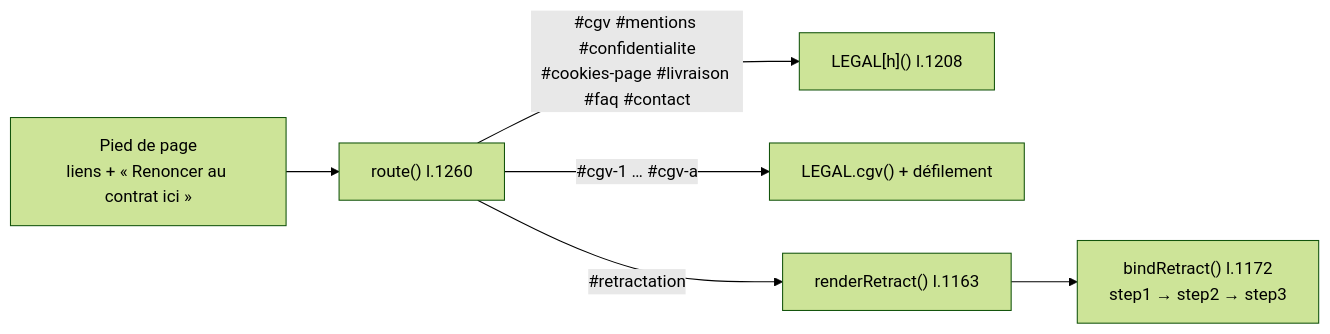
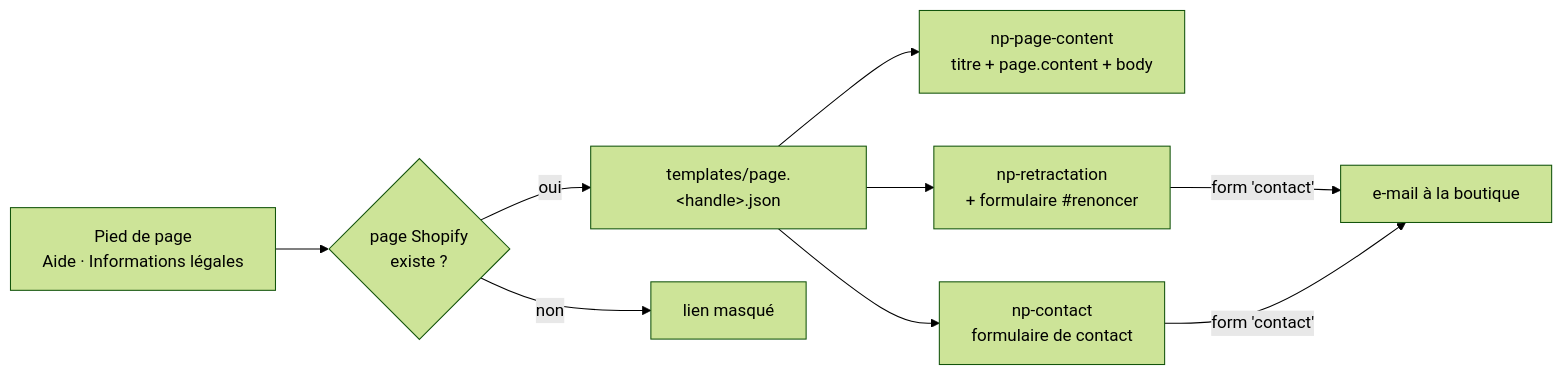
One commit to SylvainCode42A/Drop-Shipping-Agentique changed the diagram in 5-boutique/2-modules/MOD - Pages légales et rétractation.md. Above: the diagram before and after it, drawn with Mermaid (forest theme). The commit also changed other lines of this file and 12 other files, not shown here.

````diff
--- a/5-boutique/2-modules/MOD - Pages légales et rétractation.md
+++ b/5-boutique/2-modules/MOD - Pages légales et rétractation.md
@@ -33,8 +28,10 @@
 ```mermaid
 flowchart LR
-    F["Pied de page<br/>liens + « Renoncer au contrat ici »"] --> R["route() l.1260"]
-    R -->|#cgv #mentions #confidentialite<br/>#cookies-page #livraison #faq #contact| L["LEGAL[h]() l.1208"]
-    R -->|#cgv-1 … #cgv-a| C["LEGAL.cgv() + défilement"]
-    R -->|#retractation| RT["renderRetract() l.1163"]
-    RT --> B["bindRetract() l.1172<br/>step1 → step2 → step3"]
+    FOOT["Pied de page<br/>Aide · Informations légales"] --> PG{"page Shopify<br/>existe ?"}
+    PG -->|oui| T["templates/page.&lt;handle&gt;.json"]
+    PG -->|non| X["lien masqué"]
+    T --> C["np-page-content<br/>titre + page.content + body"]
+    T --> R["np-retractation<br/>+ formulaire #renoncer"]
+    T --> K["np-contact<br/>formulaire de contact"]
+    R & K -->|form 'contact'| MAIL["e-mail à la boutique"]
 ```
````
